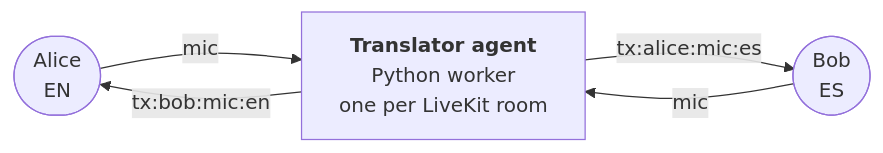
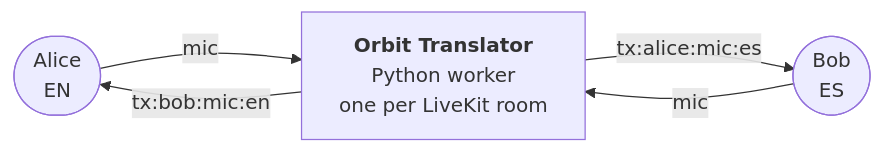
Before and after one commit to lovegold120221-dot/refactored-fortnight: the diagram in README.md, drawn with Mermaid. The commit also changed other lines of this file, not shown here.

Commit message:
Rebrand README for Eburon AI — Orbit Meeting App with full platform docs

````diff
--- a/README.md
+++ b/README.md
@@ -27,11 +35,11 @@
 ```mermaid
 flowchart LR
     Alice(["Alice<br/>EN"])
     Bob(["Bob<br/>ES"])
-    Agent["<b>Translator agent</b><br/>Python worker<br/>one per LiveKit room"]
+    Agent["<b>Orbit Translator</b><br/>Python worker<br/>one per LiveKit room"]
 
     Alice -- mic --> Agent
     Bob -- mic --> Agent
     Agent -- "tx:bob:mic:en" --> Alice
     Agent -- "tx:alice:mic:es" --> Bob
 ```
````
